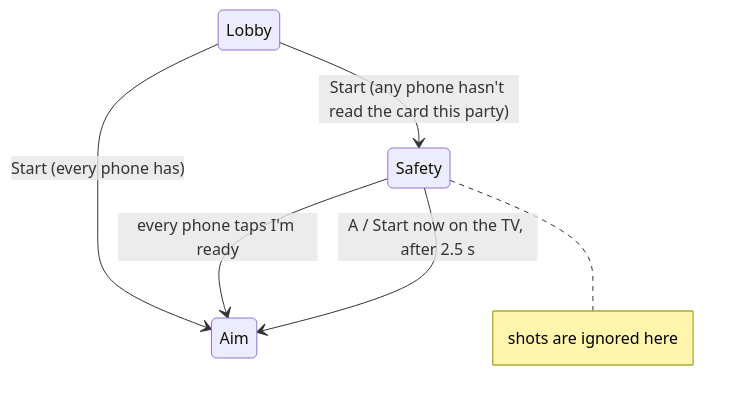
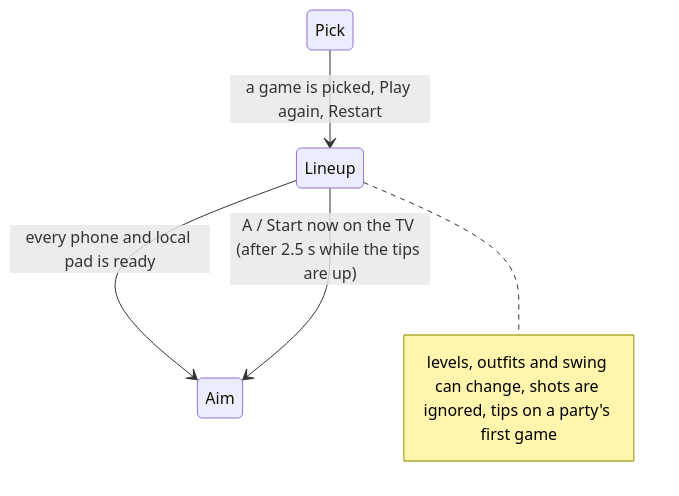
Before and after one commit to Visual-Zone-Development/big-swing-golf: the second of 7 diagrams in DESIGN.md, drawn with Mermaid. The commit also changed other lines of this file and 10 other files, not shown here.

````diff
--- a/DESIGN.md
+++ b/DESIGN.md
@@ -79,8 +86,7 @@
 ```mermaid
 stateDiagram-v2
-    Lobby --> Safety: Start (any phone hasn't read the card this party)
-    Lobby --> Aim: Start (every phone has)
-    Safety --> Aim: every phone taps I'm ready
-    Safety --> Aim: A / Start now on the TV, after 2.5 s
-    note right of Safety: shots are ignored here
+    Pick --> Lineup: a game is picked, Play again, Restart
+    Lineup --> Aim: every phone and local pad is ready
+    Lineup --> Aim: A / Start now on the TV (after 2.5 s while the tips are up)
+    note right of Lineup: levels, outfits and swing can change, shots are ignored, tips on a party's first game
 ```
````
